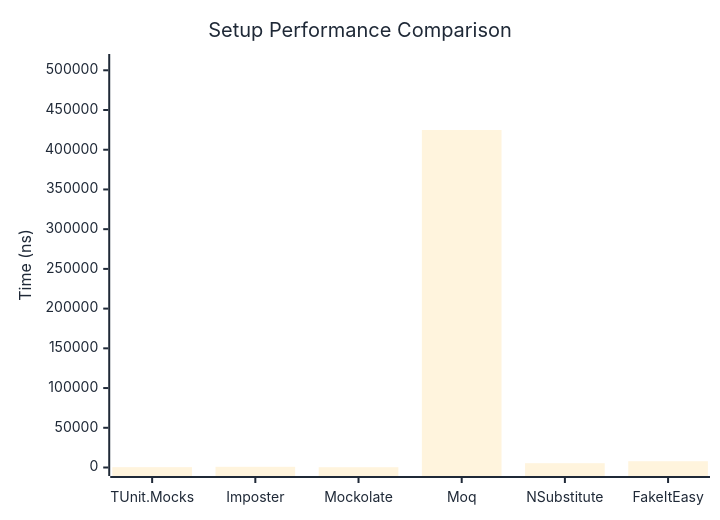
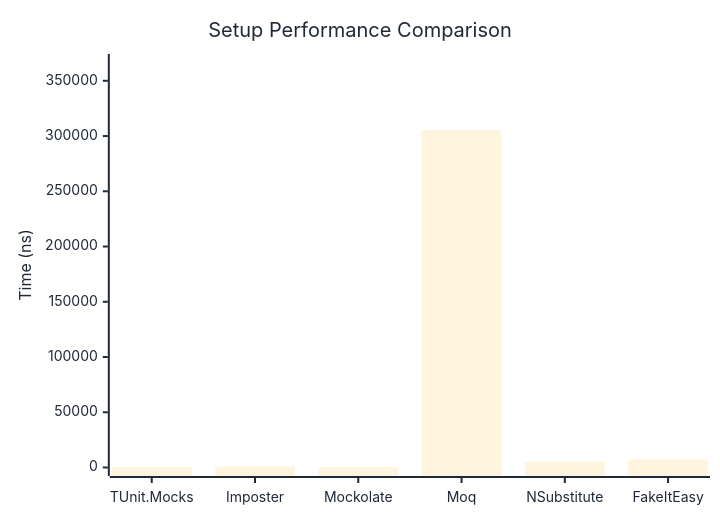
Before and after one commit to thomhurst/TUnit: the first of 2 diagrams in docs/docs/benchmarks/mocks/Setup.md, drawn with Mermaid. The commit also changed other lines of this file and 14 other files, not shown here.

````diff
--- a/docs/docs/benchmarks/mocks/Setup.md
+++ b/docs/docs/benchmarks/mocks/Setup.md
@@ -28,27 +28,27 @@
 ```mermaid
 %%{init: {
   'theme':'base',
   'themeVariables': {
     'primaryColor': '#2563eb',
     'primaryTextColor': '#1f2937',
     'primaryBorderColor': '#1e40af',
     'lineColor': '#6b7280',
     'secondaryColor': '#7c3aed',
     'tertiaryColor': '#dc2626',
     'background': '#ffffff',
     'pie1': '#2563eb',
     'pie2': '#7c3aed',
     'pie3': '#dc2626',
     'pie4': '#f59e0b',
     'pie5': '#10b981',
     'pie6': '#06b6d4',
     'pie7': '#ec4899',
     'pie8': '#6366f1'
   }
 }}%%
 xychart-beta
   title "Setup Performance Comparison"
   x-axis ["TUnit.Mocks", "Imposter", "Mockolate", "Moq", "NSubstitute", "FakeItEasy"]
-  y-axis "Time (ns)" 0 --> 509798
-  bar [441.1, 857.3, 363.9, 424831.5, 5429.2, 7914.2]
+  y-axis "Time (ns)" 0 --> 366559
+  bar [478.8, 906.1, 369.8, 305465.3, 5341.3, 7396.8]
 ```
````
